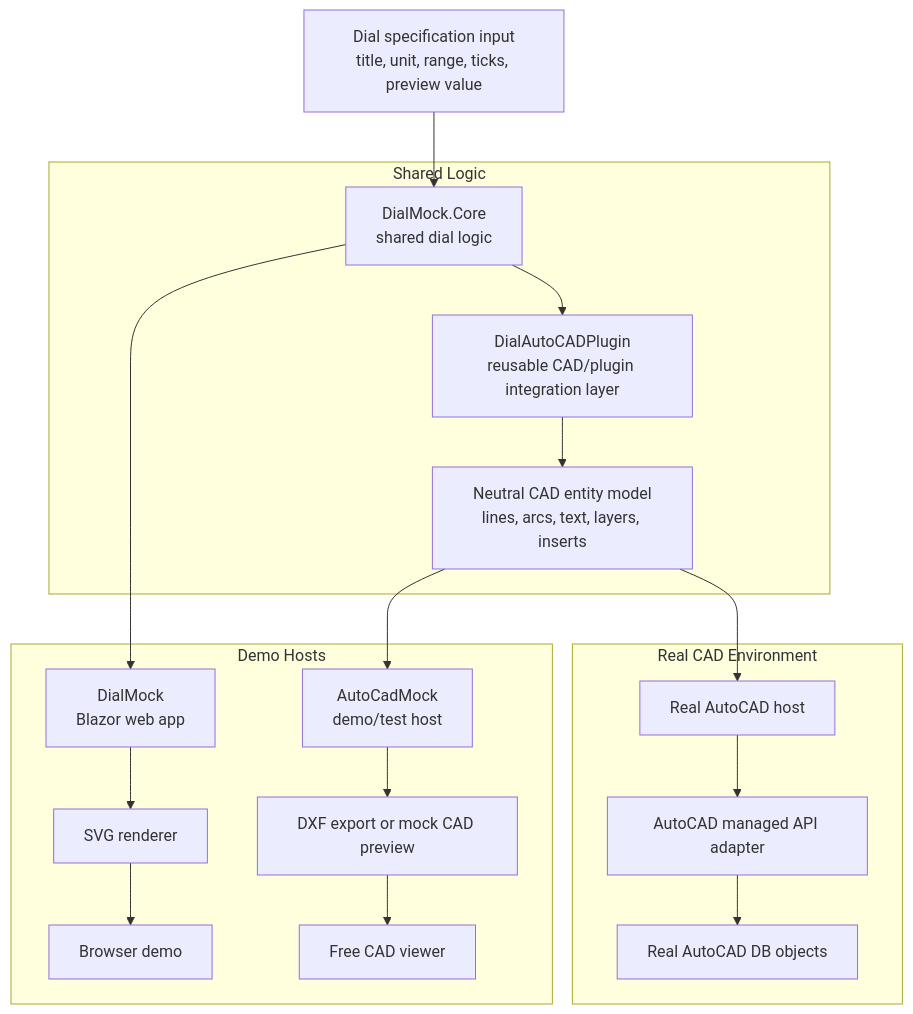
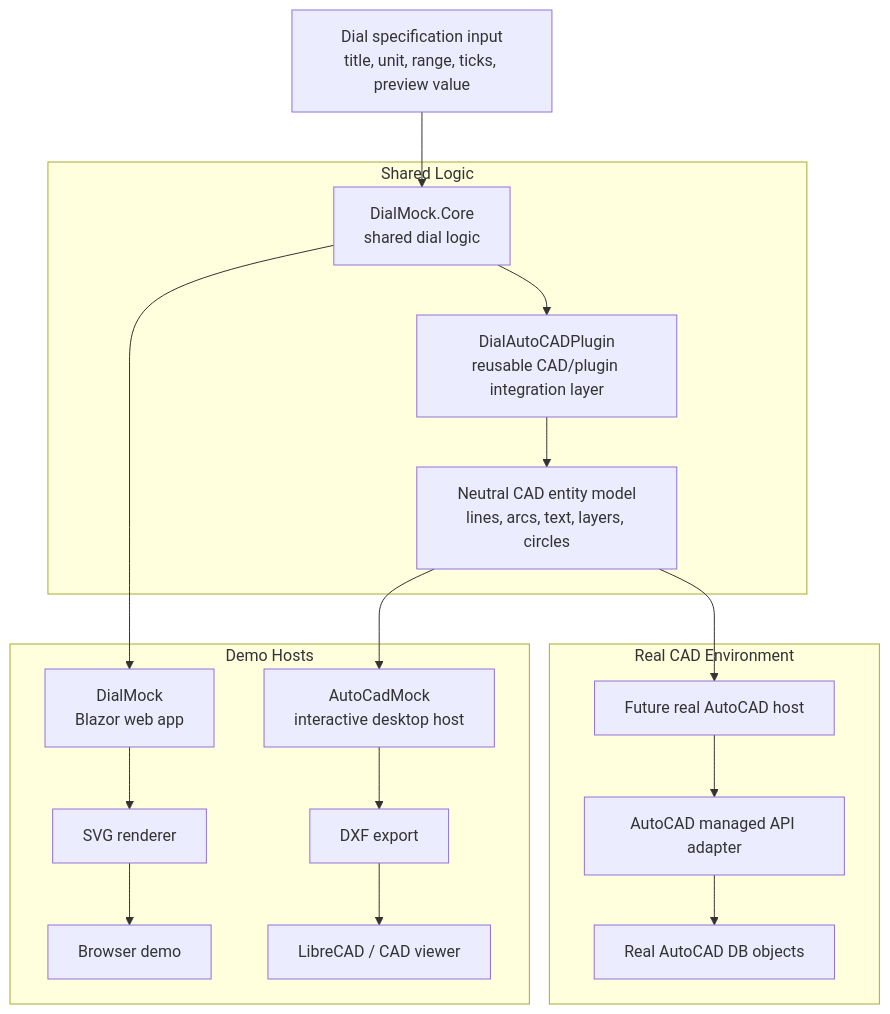
Before and after one commit to nathabee/csharp: the diagram in README.md, drawn with Mermaid. The commit also changed other lines of this file, not shown here.

Commit message:
1.2.0 Phase 9 : conversion AutocadMock from console host to interactive desktop app using Avalonia

````diff
--- a/README.md
+++ b/README.md
@@ -125,42 +140,42 @@
 ```mermaid
 graph TD
     A[Dial specification input<br/>title, unit, range, ticks, preview value]
 
     A --> B[DialMock.Core<br/>shared dial logic]
 
     B --> C[DialMock<br/>Blazor web app]
     C --> D[SVG renderer]
     D --> E[Browser demo]
 
     B --> F[DialAutoCADPlugin<br/>reusable CAD/plugin integration layer]
-    F --> G[Neutral CAD entity model<br/>lines, arcs, text, layers, inserts]
+    F --> G[Neutral CAD entity model<br/>lines, arcs, text, layers, circles]
 
-    G --> H[AutoCadMock<br/>demo/test host]
-    H --> I[DXF export or mock CAD preview]
-    I --> J[Free CAD viewer]
+    G --> H[AutoCadMock<br/>interactive desktop host]
+    H --> I[DXF export]
+    I --> J[LibreCAD / CAD viewer]
 
-    G --> K[Real AutoCAD host]
+    G --> K[Future real AutoCAD host]
     K --> L[AutoCAD managed API adapter]
     L --> M[Real AutoCAD DB objects]
 
     subgraph Shared Logic
         B
         F
         G
     end
 
     subgraph Demo Hosts
         C
         D
         E
         H
         I
         J
     end
 
     subgraph Real CAD Environment
         K
         L
         M
     end
 ```
````
